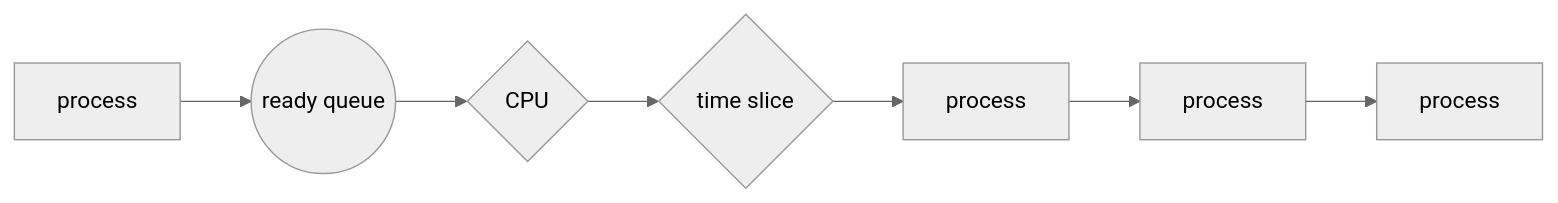
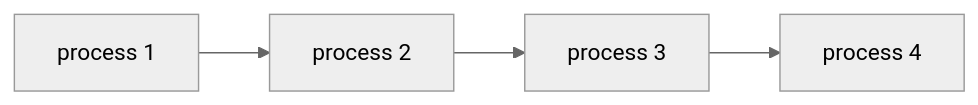
The first of 3 diagrams in src/educative/os.md (vlamai/vlanot), drawn with Mermaid (neutral theme) before and after one commit. The commit also changed other lines of this file, not shown here.

````diff
--- a/src/educative/os.md
+++ b/src/educative/os.md
@@ -316,9 +304,6 @@
 ```mermaid
 graph LR
-A[process] --> B((ready queue))
-B --> C{CPU}
-C --> D{time slice}
-D --> E[process]
-E --> F[process]
-F --> G[process]
+A[process 1] --> B[process 2]
+B --> C[process 3]
+C --> D[process 4]
 ```
````
